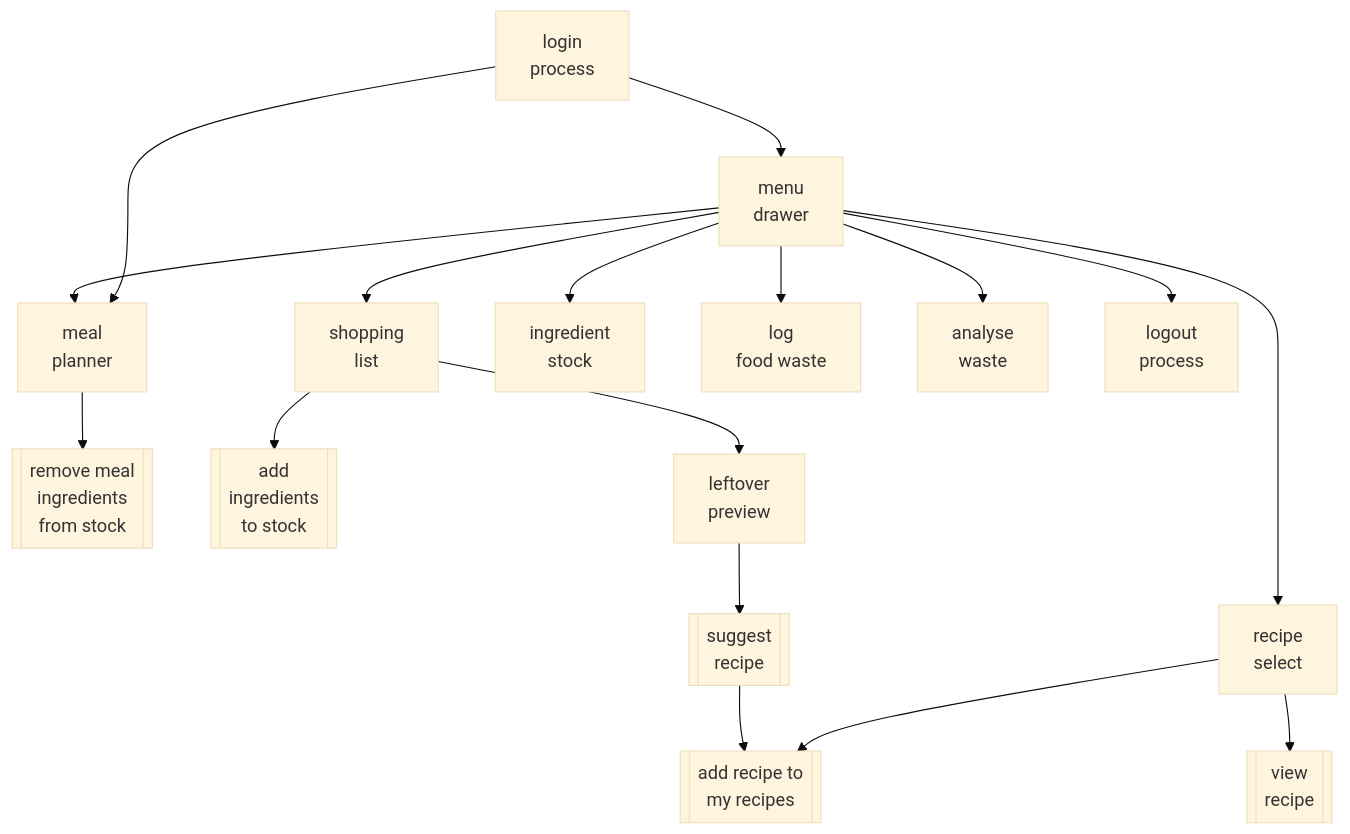
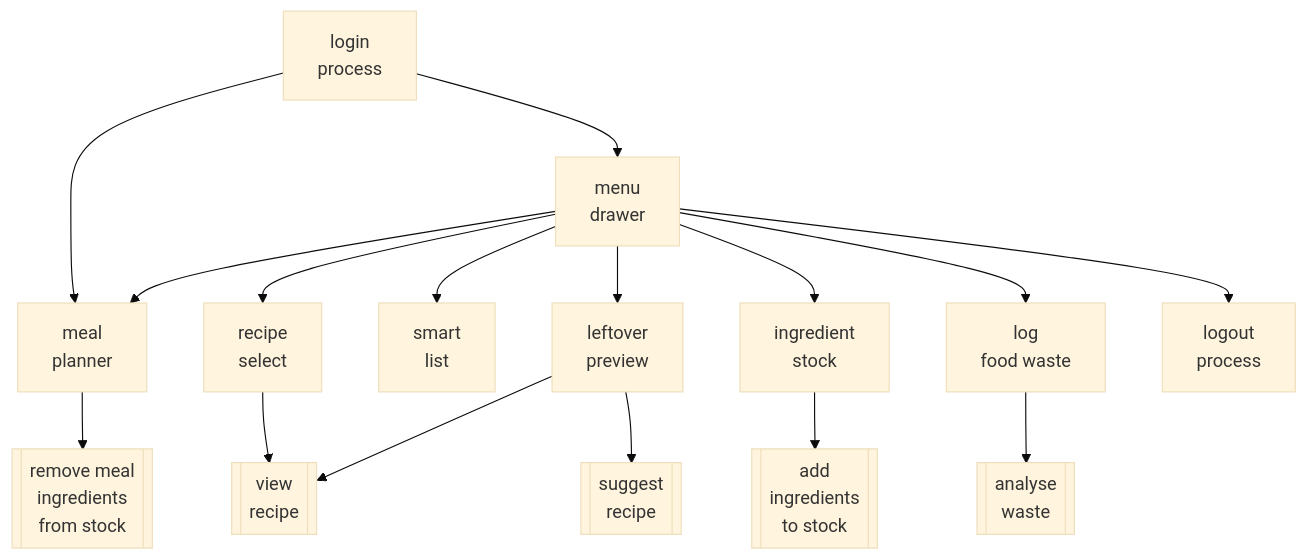
Before and after one commit to jbrun001/foodmanager: the first of 2 diagrams in README.md, drawn with Mermaid.

Commit message:
Tidy UI flow based on latest wireframes

````diff
--- a/README.md
+++ b/README.md
@@ -33,41 +33,39 @@
 ```mermaid
 ---
 config:
 #  look: handDrawn
   theme: base
 ---
 flowchart
     login["login<br>process"]
     menudrawer["menu<br>drawer"]
     recipes["recipe<br>select"]
-    addtomylist[["add recipe to<br> my recipes"]]
     recipeview[["view<br>recipe"]]
     planner["meal<br>planner"]
     cooked[["remove meal<br>ingredients<br>from stock"]]
-    smartlist["shopping<br>list"]
+    smartlist["smart<br>list"]
     addingredients[["add<br>ingredients<br>to stock"]]
     leftovers["leftover<br>preview"]
     recipesuggest[["suggest<br>recipe"]]
     ingredientstock["ingredient<br>stock"]
     logwaste["log<br>food waste"]
-    analysewaste["analyse<br>waste"]
+    analysewaste[["analyse<br>waste"]]
     logout["logout<br>process"]
 
     login-->menudrawer
     login-->planner
     menudrawer-->planner
     planner-->cooked
     menudrawer-->recipes
-    recipes-->addtomylist
     recipes-->recipeview
     menudrawer-->smartlist
-    smartlist-->leftovers
+    menudrawer-->leftovers
+    ingredientstock-->addingredients
     leftovers-->recipesuggest
-    recipesuggest-->addtomylist
-    smartlist-->addingredients
+    leftovers-->recipeview
     menudrawer-->ingredientstock
     menudrawer-->logwaste
-    menudrawer-->analysewaste
+    logwaste-->analysewaste
     menudrawer-->logout
 
 ```
````
